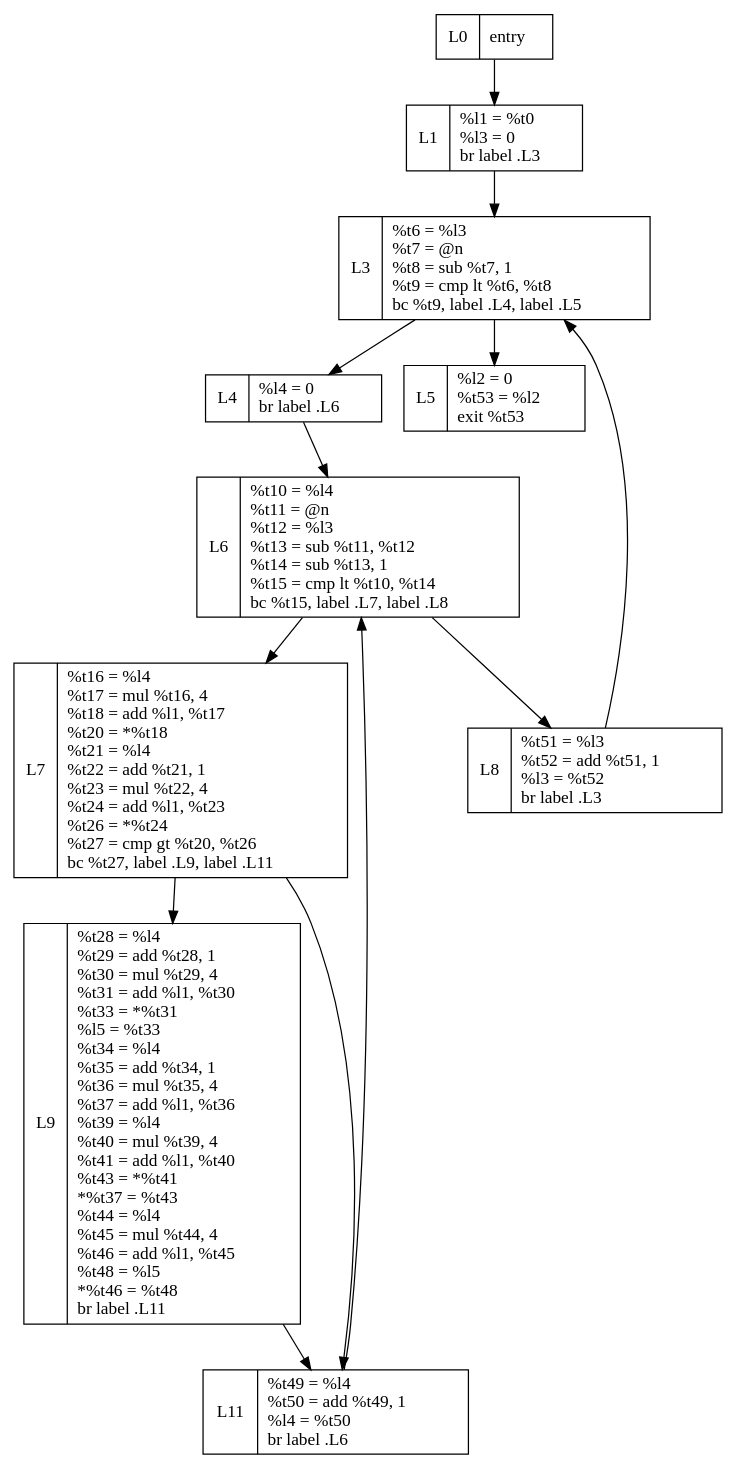
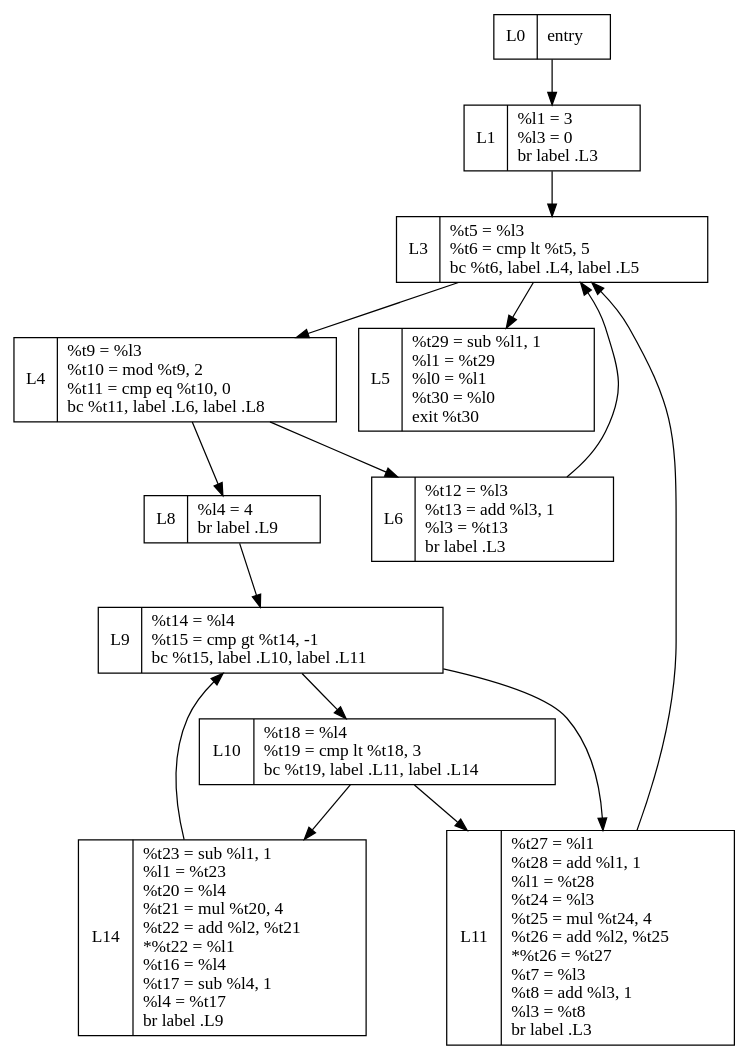
The diagram in test.dot (LC044/MiniC), drawn with Graphviz before and after one commit. The commit also changed 7 other files, not shown here.

```diff
--- a/test.dot
+++ b/test.dot
@@ -1,25 +1,28 @@
 digraph{
  node[shape = record];
  entry [label="L0 | entry \l"];
-L1 [label="L1 |      %l1 = %t0 \l     %l3 = 0 \l     br label .L3 \l  "];
-L3 [label="L3 |      %t6 = %l3 \l     %t7 = @n \l     %t8 = sub %t7, 1 \l     %t9 = cmp lt %t6, %t8 \l     bc %t9, label .L4, label .L5 \l  "];
-L4 [label="L4 |      %l4 = 0 \l     br label .L6 \l  "];
-L6 [label="L6 |      %t10 = %l4 \l     %t11 = @n \l     %t12 = %l3 \l     %t13 = sub %t11, %t12 \l     %t14 = sub %t13, 1 \l     %t15 = cmp lt %t10, %t14 \l     bc %t15, label .L7, label .L8 \l  "];
-L7 [label="L7 |      %t16 = %l4 \l     %t17 = mul %t16, 4 \l     %t18 = add %l1, %t17 \l     %t20 = *%t18 \l     %t21 = %l4 \l     %t22 = add %t21, 1 \l     %t23 = mul %t22, 4 \l     %t24 = add %l1, %t23 \l     %t26 = *%t24 \l     %t27 = cmp gt %t20, %t26 \l     bc %t27, label .L9, label .L11 \l  "];
-L9 [label="L9 |      %t28 = %l4 \l     %t29 = add %t28, 1 \l     %t30 = mul %t29, 4 \l     %t31 = add %l1, %t30 \l     %t33 = *%t31 \l     %l5 = %t33 \l     %t34 = %l4 \l     %t35 = add %t34, 1 \l     %t36 = mul %t35, 4 \l     %t37 = add %l1, %t36 \l     %t39 = %l4 \l     %t40 = mul %t39, 4 \l     %t41 = add %l1, %t40 \l     %t43 = *%t41 \l     *%t37 = %t43 \l     %t44 = %l4 \l     %t45 = mul %t44, 4 \l     %t46 = add %l1, %t45 \l     %t48 = %l5 \l     *%t46 = %t48 \l     br label .L11 \l  "];
-L11 [label="L11 |      %t49 = %l4 \l     %t50 = add %t49, 1 \l     %l4 = %t50 \l     br label .L6 \l  "];
-L8 [label="L8 |      %t51 = %l3 \l     %t52 = add %t51, 1 \l     %l3 = %t52 \l     br label .L3 \l  "];
-L5 [label="L5 |      %l2 = 0 \l     %t53 = %l2 \l     exit %t53 \l  "];
+L1 [label="L1 |      %l1 = 3 \l     %l3 = 0 \l     br label .L3 \l  "];
+L3 [label="L3 |      %t5 = %l3 \l     %t6 = cmp lt %t5, 5 \l     bc %t6, label .L4, label .L5 \l  "];
+L4 [label="L4 |      %t9 = %l3 \l     %t10 = mod %t9, 2 \l     %t11 = cmp eq %t10, 0 \l     bc %t11, label .L6, label .L8 \l  "];
+L6 [label="L6 |      %t12 = %l3 \l     %t13 = add %l3, 1 \l     %l3 = %t13 \l     br label .L3 \l  "];
+L8 [label="L8 |      %l4 = 4 \l     br label .L9 \l  "];
+L9 [label="L9 |      %t14 = %l4 \l     %t15 = cmp gt %t14, -1 \l     bc %t15, label .L10, label .L11 \l  "];
+L10 [label="L10 |      %t18 = %l4 \l     %t19 = cmp lt %t18, 3 \l     bc %t19, label .L11, label .L14 \l  "];
+L14 [label="L14 |      %t23 = sub %l1, 1 \l     %l1 = %t23 \l     %t20 = %l4 \l     %t21 = mul %t20, 4 \l     %t22 = add %l2, %t21 \l     *%t22 = %l1 \l     %t16 = %l4 \l     %t17 = sub %l4, 1 \l     %l4 = %t17 \l     br label .L9 \l  "];
+L11 [label="L11 |      %t27 = %l1 \l     %t28 = add %l1, 1 \l     %l1 = %t28 \l     %t24 = %l3 \l     %t25 = mul %t24, 4 \l     %t26 = add %l2, %t25 \l     *%t26 = %t27 \l     %t7 = %l3 \l     %t8 = add %l3, 1 \l     %l3 = %t8 \l     br label .L3 \l  "];
+L5 [label="L5 |      %t29 = sub %l1, 1 \l     %l1 = %t29 \l     %l0 = %l1 \l     %t30 = %l0 \l     exit %t30 \l  "];
 entry -> L1;
 L1 -> L3;
 L3 -> L4;
 L3 -> L5;
 L4 -> L6;
-L6 -> L7;
-L6 -> L8;
-L7 -> L9;
-L7 -> L11;
+L4 -> L8;
+L6 -> L3;
+L8 -> L9;
+L9 -> L10;
 L9 -> L11;
-L11 -> L6;
-L8 -> L3;
+L10 -> L11;
+L10 -> L14;
+L14 -> L9;
+L11 -> L3;
 }
```
